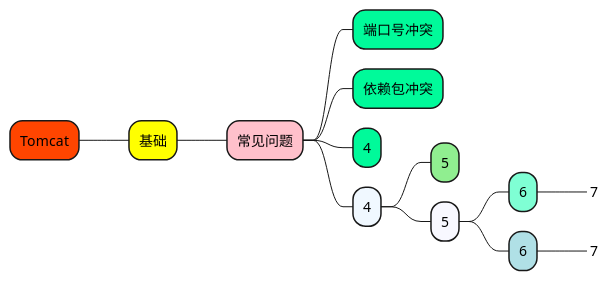
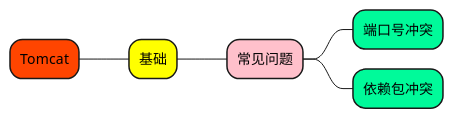
The diagram in 1_map/server/Tomcat.puml (doveg/self-cultivation-of-a-software-engineer), drawn with PlantUML before and after one commit. The commit also changed 26 other files, not shown here.

```diff
--- a/1_map/server/Tomcat.puml
+++ b/1_map/server/Tomcat.puml
@@ -1,25 +1,17 @@
 @startmindmap
 
 +[#OrangeRed] Tomcat
 
 ++[#yellow] 基础
 
 +++[#Pink] 常见问题
 
 ++++[#MediumSpringGreen] 端口号冲突
 ++++[#MediumSpringGreen] 依赖包冲突
 
 
 
 
-++++[#MediumSpringGreen] 4
-++++[#AliceBlue] 4
-+++++[#LightGreen] 5
-+++++[#GhostWhite] 5
-++++++[#Aquamarine] 6
-+++++++[#Aquamarine]_ 7
-++++++[#PowderBlue] 6
-+++++++[#PowderBlue]_ 7
 
 
 @endmindmap
```
